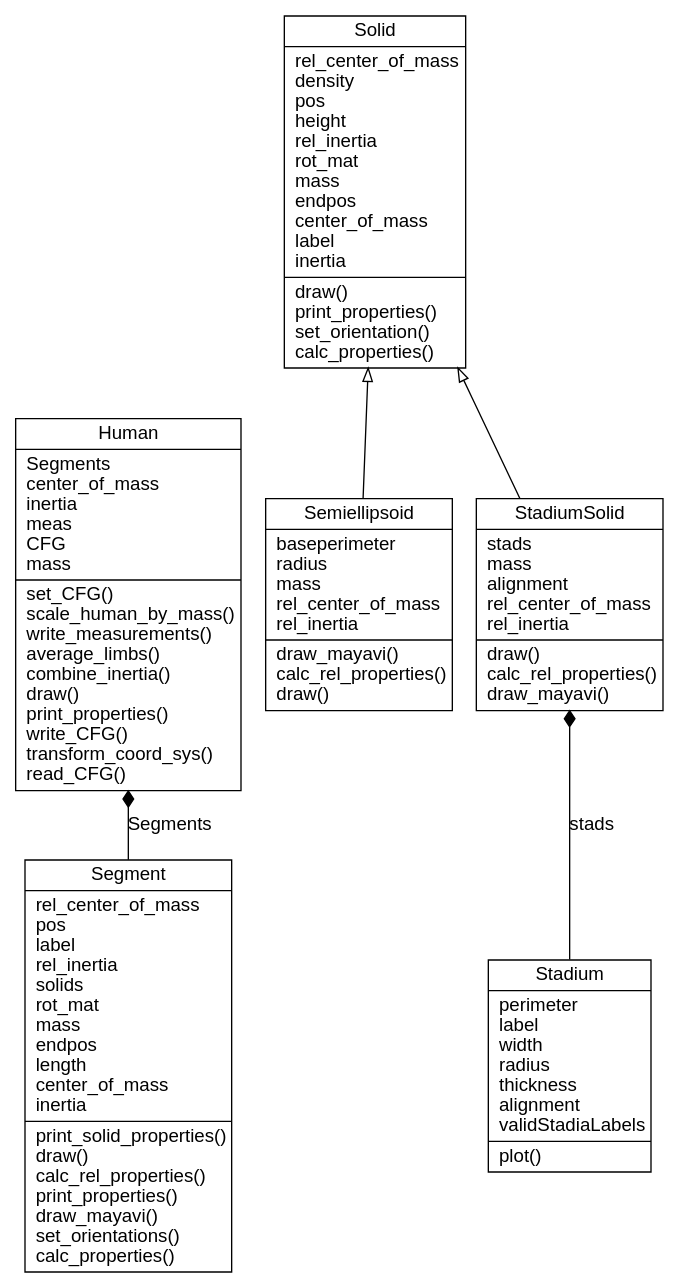
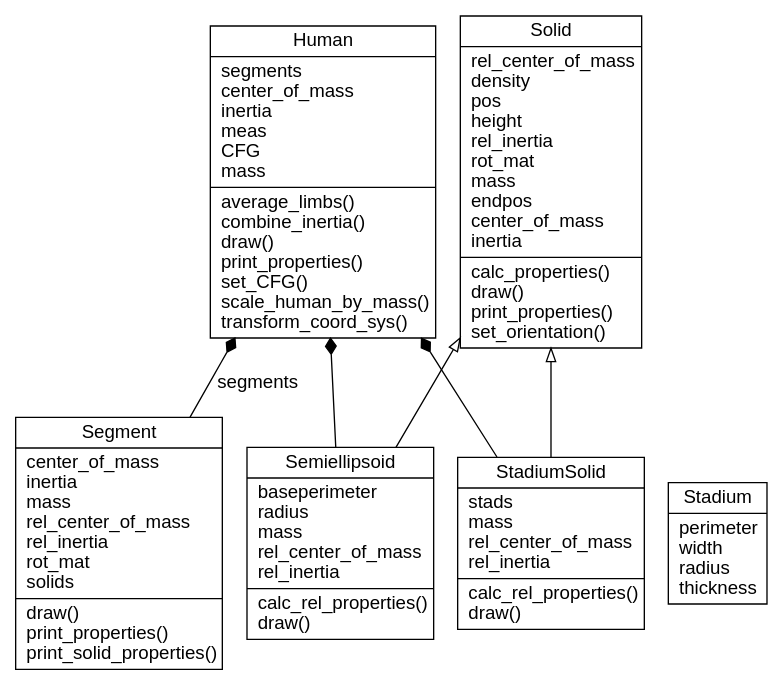
One commit to chrisdembia/python-yeadon-paper changed the diagram in umldiagram/umldiagram.dot. Above: the diagram before and after it, drawn with Graphviz.

Commit message:
First draft of uml diagram.

```diff
--- a/umldiagram/umldiagram.dot
+++ b/umldiagram/umldiagram.dot
@@ -1,16 +1,17 @@
 digraph "classes_No_Name" {
     node [fontname=Arial];
     edge [fontname=Arial];
 charset="utf-8"
 rankdir=BT
-"14" [shape="record", label="{Segment|rel_center_of_mass\lpos\llabel\lrel_inertia\lsolids\lrot_mat\lmass\lendpos\llength\lcenter_of_mass\linertia\l|print_solid_properties()\ldraw()\lcalc_rel_properties()\lprint_properties()\ldraw_mayavi()\lset_orientations()\lcalc_properties()\l}"];
-"16" [shape="record", label="{Human|Segments\lcenter_of_mass\linertia\lmeas\lCFG\lmass\l|set_CFG()\lscale_human_by_mass()\lwrite_measurements()\laverage_limbs()\lcombine_inertia()\ldraw()\lprint_properties()\lwrite_CFG()\ltransform_coord_sys()\lread_CFG()\l}"];
-"20" [shape="record", label="{StadiumSolid|stads\lmass\lalignment\lrel_center_of_mass\lrel_inertia\l|draw()\lcalc_rel_properties()\ldraw_mayavi()\l}"];
-"21" [shape="record", label="{Solid|rel_center_of_mass\ldensity\lpos\lheight\lrel_inertia\lrot_mat\lmass\lendpos\lcenter_of_mass\llabel\linertia\l|draw()\lprint_properties()\lset_orientation()\lcalc_properties()\l}"];
-"22" [shape="record", label="{Stadium|perimeter\llabel\lwidth\lradius\lthickness\lalignment\lvalidStadiaLabels\l|plot()\l}"];
-"23" [shape="record", label="{Semiellipsoid|baseperimeter\lradius\lmass\lrel_center_of_mass\lrel_inertia\l|draw_mayavi()\lcalc_rel_properties()\ldraw()\l}"];
+"14" [shape="record", label="{Segment|center_of_mass\linertia\lmass\lrel_center_of_mass\lrel_inertia\lrot_mat\lsolids\l|draw()\lprint_properties()\lprint_solid_properties()\l}"];
+"16" [shape="record", label="{Human|segments\lcenter_of_mass\linertia\lmeas\lCFG\lmass\l|average_limbs()\lcombine_inertia()\ldraw()\lprint_properties()\lset_CFG()\lscale_human_by_mass()\ltransform_coord_sys()\l}"];
+"20" [shape="record", label="{StadiumSolid|stads\lmass\lrel_center_of_mass\lrel_inertia\l|calc_rel_properties()\ldraw()\l}"];
+"21" [shape="record", label="{Solid|rel_center_of_mass\ldensity\lpos\lheight\lrel_inertia\lrot_mat\lmass\lendpos\lcenter_of_mass\linertia\l|calc_properties()\ldraw()\lprint_properties()\lset_orientation()\l}"];
+"22" [shape="record", label="{Stadium|perimeter\lwidth\lradius\lthickness\l}"];
+"23" [shape="record", label="{Semiellipsoid|baseperimeter\lradius\lmass\lrel_center_of_mass\lrel_inertia\l|calc_rel_properties()\ldraw()\l}"];
 "20" -> "21" [arrowtail="none", arrowhead="empty"];
 "23" -> "21" [arrowtail="none", arrowhead="empty"];
-"14" -> "16" [arrowhead="diamond", style="solid", arrowtail="none", fontcolor="black", label="Segments"];
-"22" -> "20" [arrowhead="diamond", style="solid", arrowtail="none", fontcolor="black", label="stads"];
+"14" -> "16" [arrowhead="diamond", style="solid", arrowtail="none", fontcolor="black", label=" segments"];
+"20" -> "16" [arrowhead="diamond", style="solid", arrowtail="none", fontcolor="black"];
+"23" -> "16" [arrowhead="diamond", style="solid", arrowtail="none", fontcolor="black"];
 }
```
